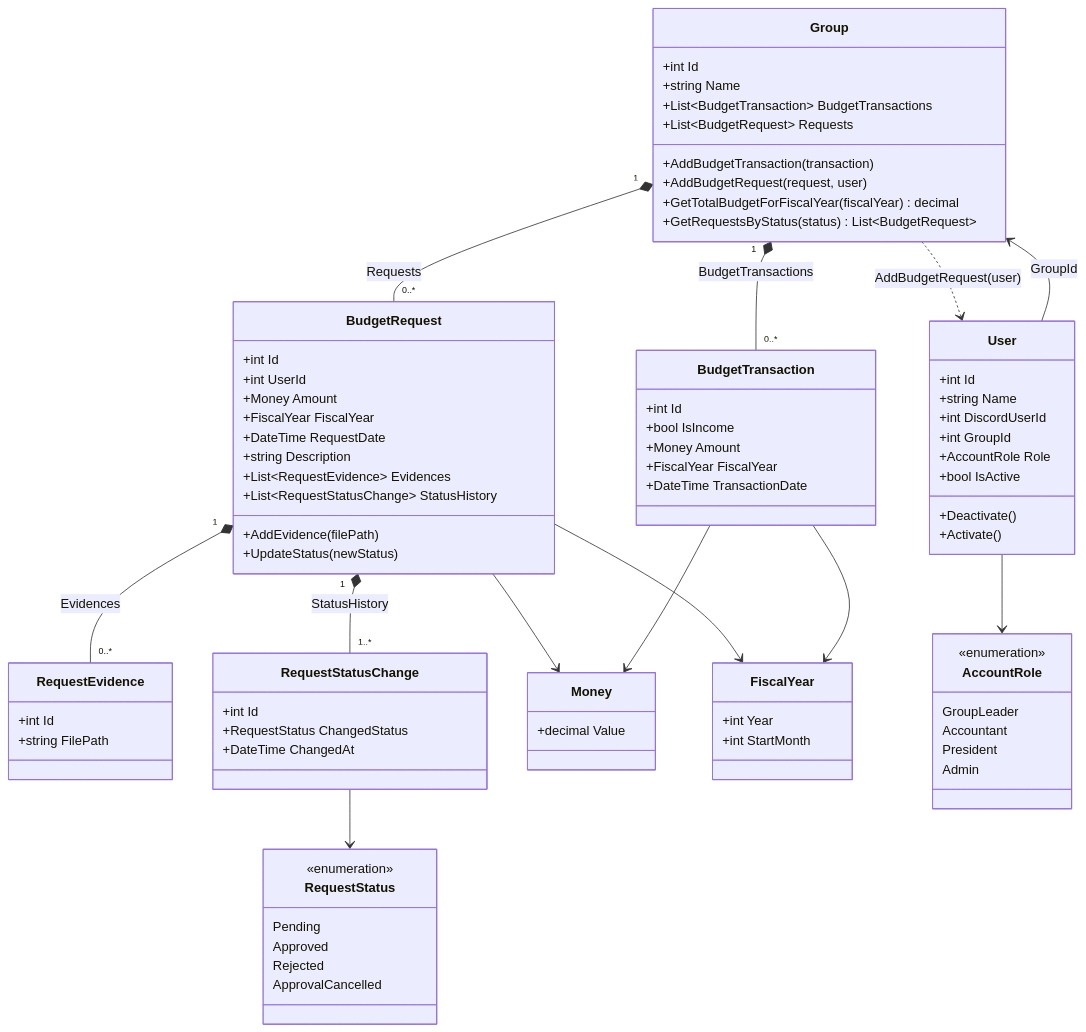
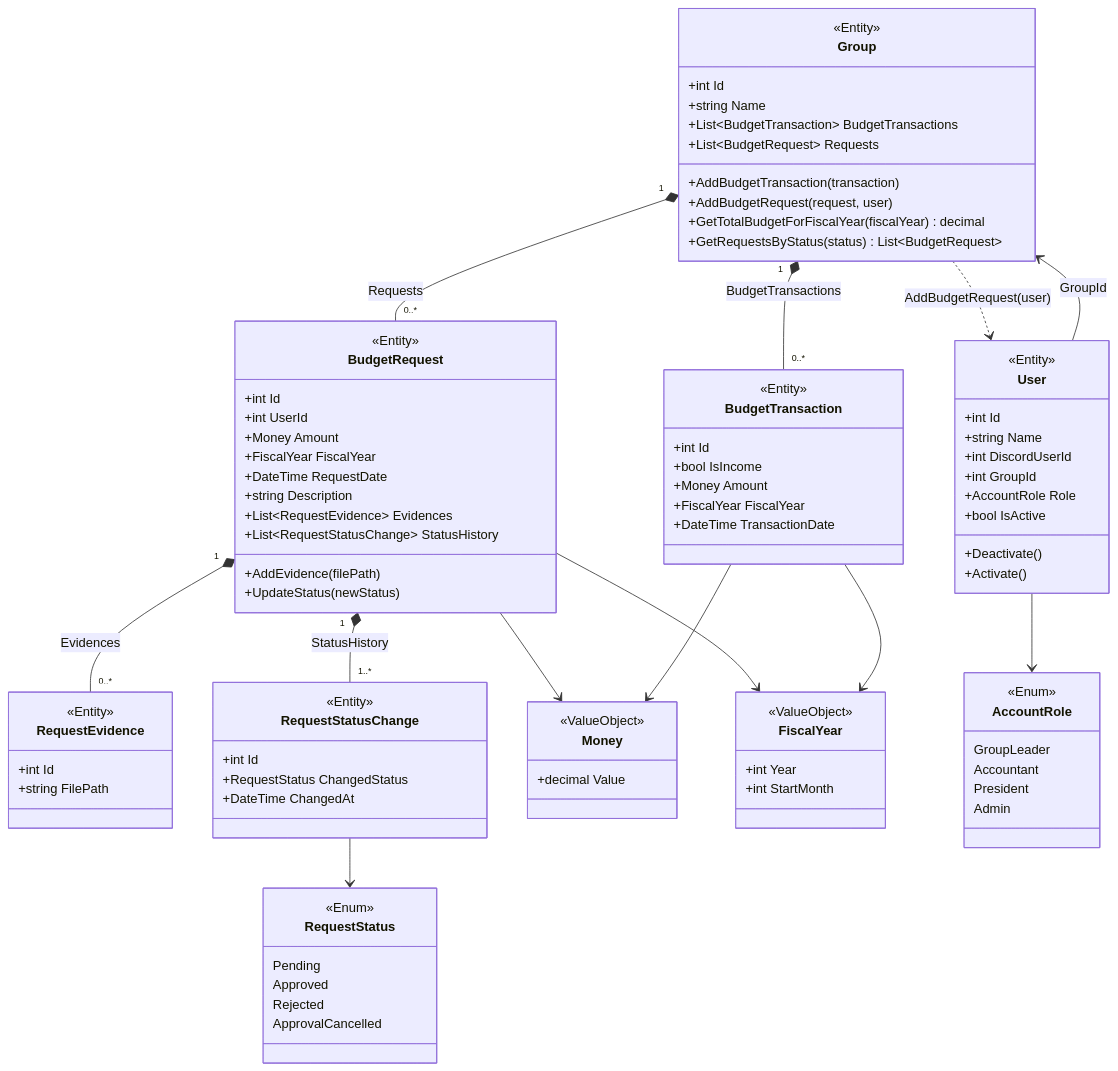
The second of 2 diagrams in README.md (CASru-IT/BudgetManagementBotSystem), drawn with Mermaid before and after one commit.

```diff
--- a/README.md
+++ b/README.md
@@ -243,6 +243,7 @@
 classDiagram
 
 class Group {
+  <<Entity>>
   +int Id
   +string Name
   +List~BudgetTransaction~ BudgetTransactions
@@ -254,6 +255,7 @@
 }
 
 class BudgetRequest {
+  <<Entity>>
   +int Id
   +int UserId
   +Money Amount
@@ -267,6 +269,7 @@
 }
 
 class BudgetTransaction {
+  <<Entity>>
   +int Id
   +bool IsIncome
   +Money Amount
@@ -275,17 +278,20 @@
 }
 
 class RequestEvidence {
+  <<Entity>>
   +int Id
   +string FilePath
 }
 
 class RequestStatusChange {
+  <<Entity>>
   +int Id
   +RequestStatus ChangedStatus
   +DateTime ChangedAt
 }
 
 class User {
+  <<Entity>>
   +int Id
   +string Name
   +int DiscordUserId
@@ -297,16 +303,18 @@
 }
 
 class Money {
+  <<ValueObject>>
   +decimal Value
 }
 
 class FiscalYear {
+  <<ValueObject>>
   +int Year
   +int StartMonth
 }
 
 class RequestStatus {
-  <<enumeration>>
+  <<Enum>>
   Pending
   Approved
   Rejected
@@ -314,7 +322,7 @@
 }
 
 class AccountRole {
-  <<enumeration>>
+  <<Enum>>
   GroupLeader
   Accountant
   President
```
